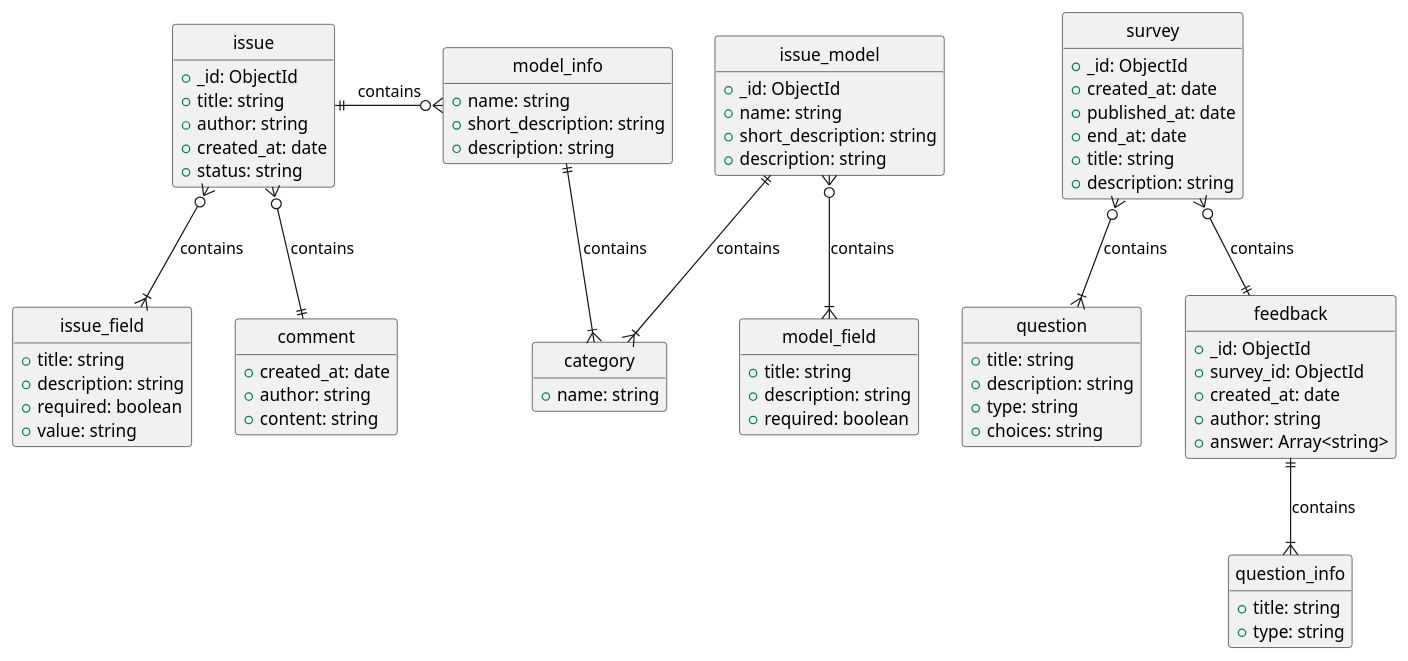
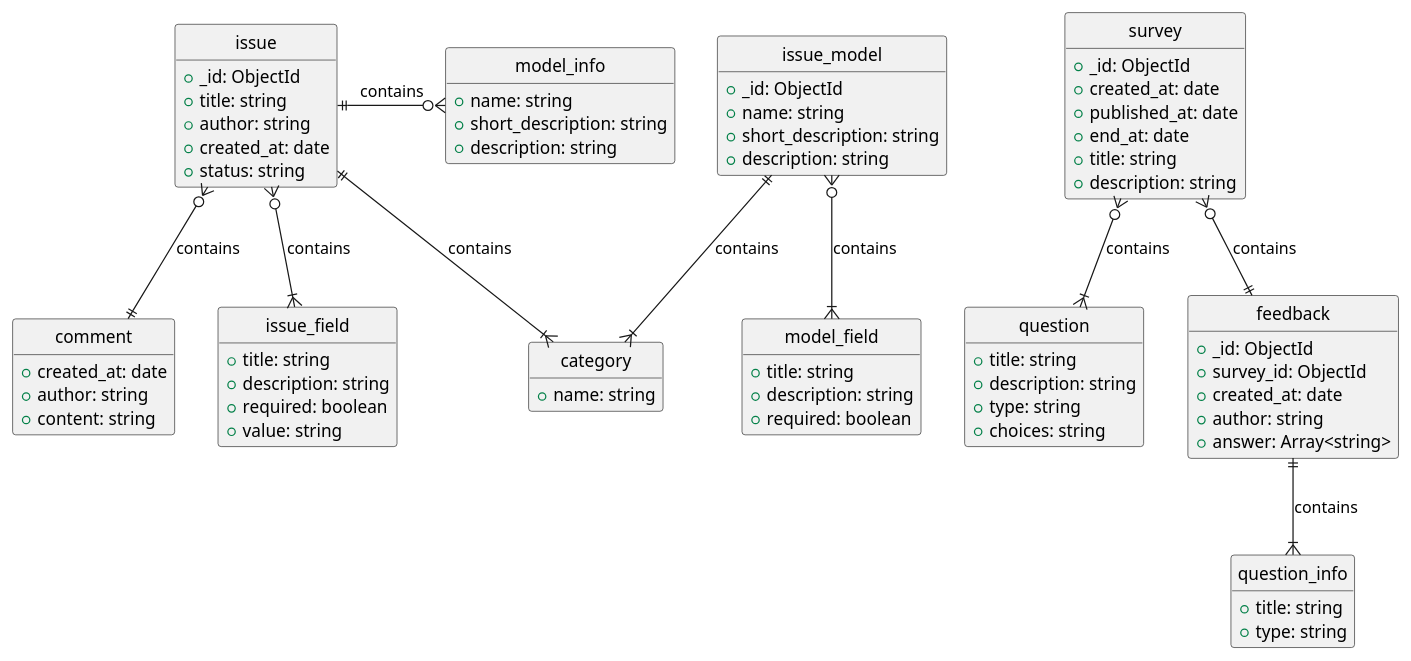
Before and after one commit to iShoFen/codefirst-support: the diagram in docs/api/mcd.md, drawn with PlantUML. The commit also changed 3 other files, not shown here.

```diff
--- a/docs/api/mcd.md
+++ b/docs/api/mcd.md
@@ -81,7 +81,7 @@
 issue }o--|| comment : contains
 issue }o--|{ issue_field : contains 
 
-model_info ||--|{ category : contains
+issue ||--|{ category : contains
 
 issue_model }o--|{ model_field : contains
 issue_model ||--|{ category : contains
```
